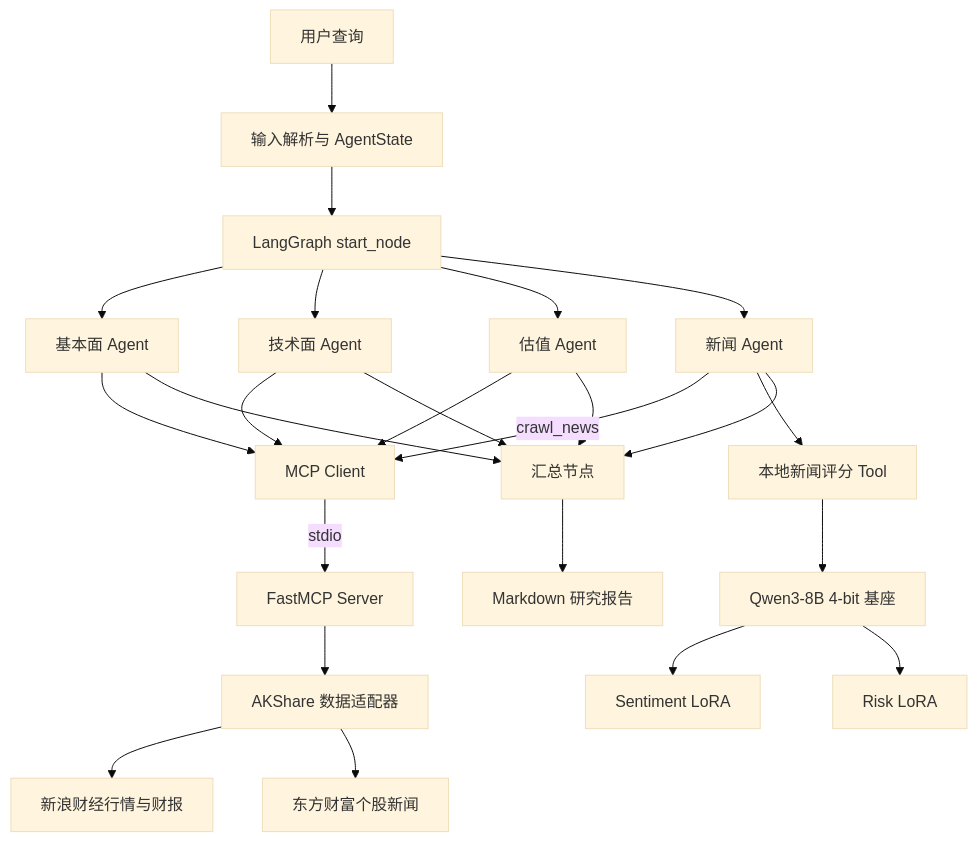
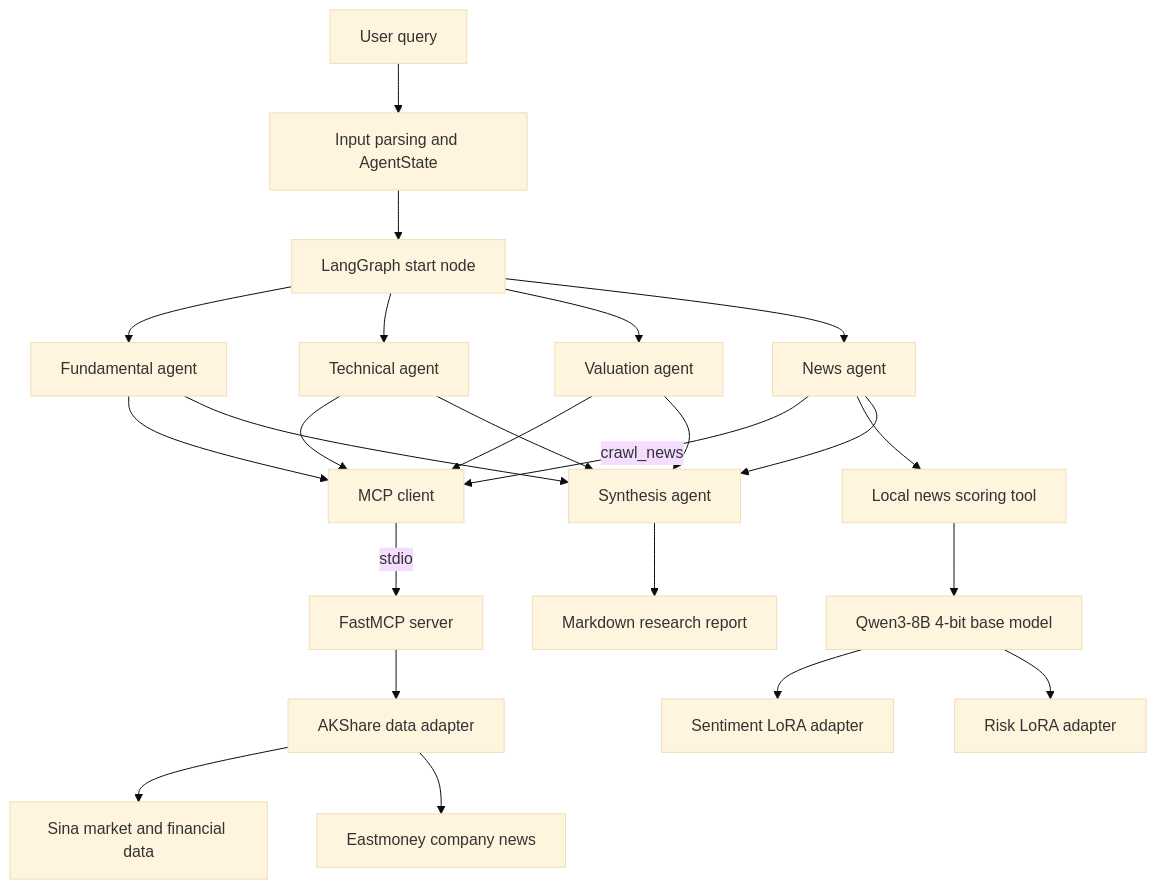
Before and after one commit to liuliu-arch/FinAgen: the diagram in README.md, drawn with Mermaid (base theme). The commit also changed other lines of this file, not shown here.

````diff
--- a/README.md
+++ b/README.md
@@ -20,31 +21,31 @@
 ```mermaid
 flowchart TB
-    U[用户查询] --> P[输入解析与 AgentState]
-    P --> G[LangGraph start_node]
+    U["User query"] --> P["Input parsing and AgentState"]
+    P --> G["LangGraph start node"]
 
-    G --> F[基本面 Agent]
-    G --> T[技术面 Agent]
-    G --> V[估值 Agent]
-    G --> N[新闻 Agent]
+    G --> F["Fundamental agent"]
+    G --> T["Technical agent"]
+    G --> V["Valuation agent"]
+    G --> N["News agent"]
 
-    F --> C[MCP Client]
+    F --> C["MCP client"]
     T --> C
     V --> C
-    N -->|crawl_news| C
+    N -->|"crawl_news"| C
 
-    C -->|stdio| S[FastMCP Server]
-    S --> A[AKShare 数据适配器]
-    A --> SI[新浪财经行情与财报]
-    A --> EM[东方财富个股新闻]
+    C -->|"stdio"| S["FastMCP server"]
+    S --> A["AKShare data adapter"]
+    A --> SI["Sina market and financial data"]
+    A --> EM["Eastmoney company news"]
 
-    N --> L[本地新闻评分 Tool]
-    L --> Q[Qwen3-8B 4-bit 基座]
-    Q --> SA[Sentiment LoRA]
-    Q --> RA[Risk LoRA]
+    N --> L["Local news scoring tool"]
+    L --> Q["Qwen3-8B 4-bit base model"]
+    Q --> SA["Sentiment LoRA adapter"]
+    Q --> RA["Risk LoRA adapter"]
 
-    F --> SUM[汇总节点]
+    F --> SUM["Synthesis agent"]
     T --> SUM
     V --> SUM
     N --> SUM
-    SUM --> R[Markdown 研究报告]
+    SUM --> R["Markdown research report"]
 ```
````
